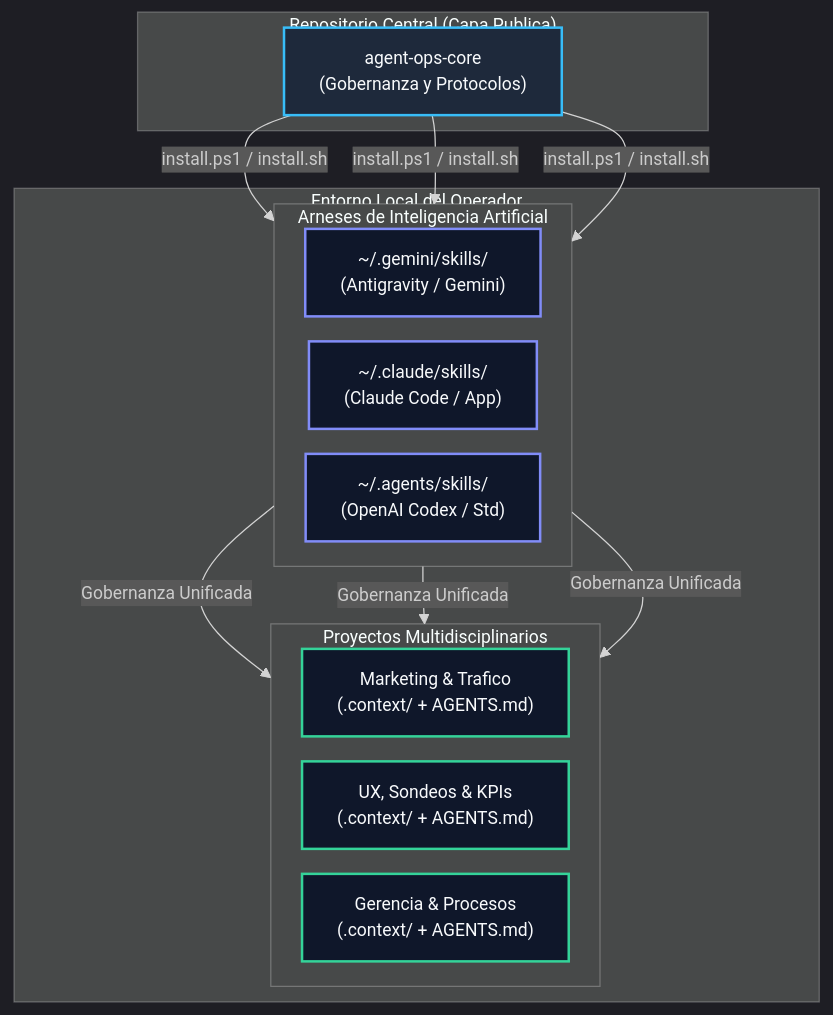
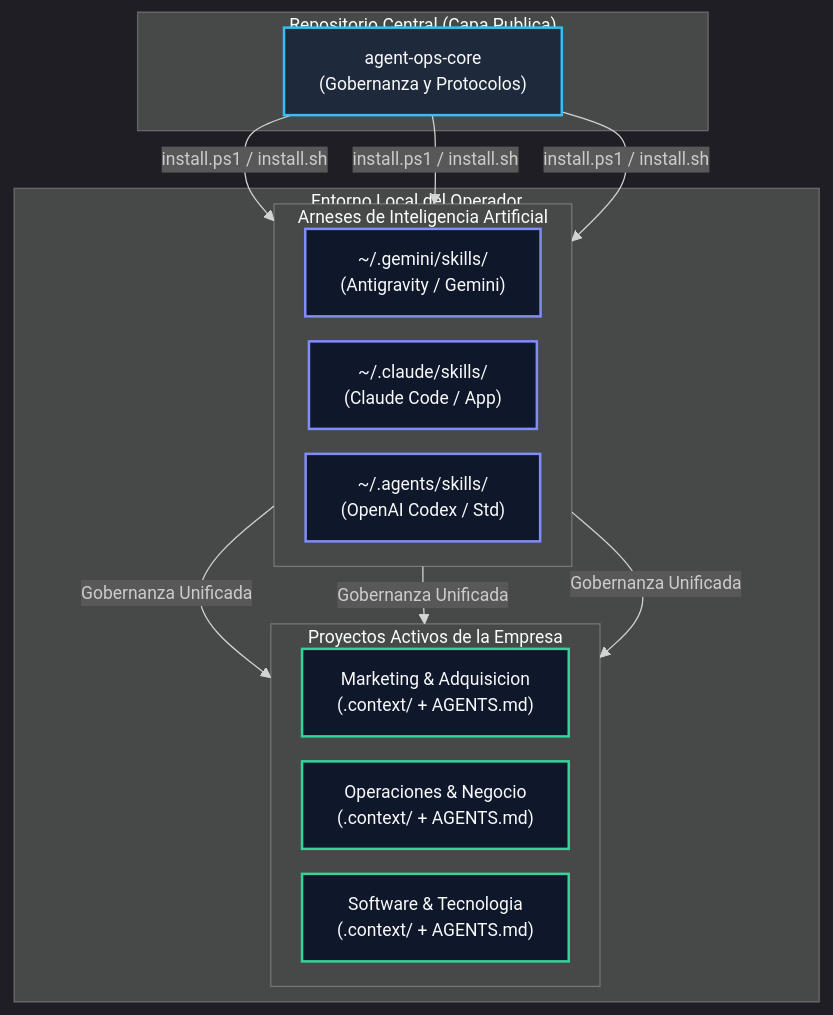
Before and after one commit to eddvasquez/agent-ops-core: the second of 4 diagrams in README.md, drawn with Mermaid. The commit also changed other lines of this file, not shown here.

````diff
--- a/README.md
+++ b/README.md
@@ -229,38 +157,38 @@
 ```mermaid
 %%{init: {'theme': 'dark', 'themeVariables': { 'fontSize': '14px' }, 'flowchart': { 'minNodeWidth': 220, 'nodeSpacing': 20, 'rankSpacing': 25, 'padding': 14 }}}%%
 flowchart TD
     subgraph GITHUB["Repositorio Central (Capa Publica)"]
         Core["agent-ops-core<br>(Gobernanza y Protocolos)"]
     end
 
     subgraph LOCAL["Entorno Local del Operador"]
         subgraph HARNESSES["Arneses de Inteligencia Artificial"]
             direction LR
             Gemini["~/.gemini/skills/<br>(Antigravity / Gemini)"]
             Claude["~/.claude/skills/<br>(Claude Code / App)"]
             Codex["~/.agents/skills/<br>(OpenAI Codex / Std)"]
         end
 
-        subgraph PROYECTOS["Proyectos Multidisciplinarios"]
+        subgraph PROYECTOS["Proyectos Activos de la Empresa"]
             direction LR
-            P1["Marketing & Trafico<br>(.context/ + AGENTS.md)"]
-            P2["UX, Sondeos & KPIs<br>(.context/ + AGENTS.md)"]
-            P3["Gerencia & Procesos<br>(.context/ + AGENTS.md)"]
+            P1["Marketing & Adquisicion<br>(.context/ + AGENTS.md)"]
+            P2["Operaciones & Negocio<br>(.context/ + AGENTS.md)"]
+            P3["Software & Tecnologia<br>(.context/ + AGENTS.md)"]
         end
     end
 
     Core -->|"install.ps1 / install.sh"| Gemini
     Core -->|"install.ps1 / install.sh"| Claude
     Core -->|"install.ps1 / install.sh"| Codex
 
     Gemini -->|"Gobernanza Unificada"| PROYECTOS
     Claude -->|"Gobernanza Unificada"| PROYECTOS
     Codex -->|"Gobernanza Unificada"| PROYECTOS
 
     classDef central fill:#1e293b,stroke:#38bdf8,stroke-width:2px,color:#f8fafc;
     classDef harness fill:#0f172a,stroke:#818cf8,stroke-width:2px,color:#f8fafc;
     classDef project fill:#0f172a,stroke:#34d399,stroke-width:2px,color:#f8fafc;
     class Core central;
     class Gemini,Claude,Codex harness;
     class P1,P2,P3 project;
 ```
````
